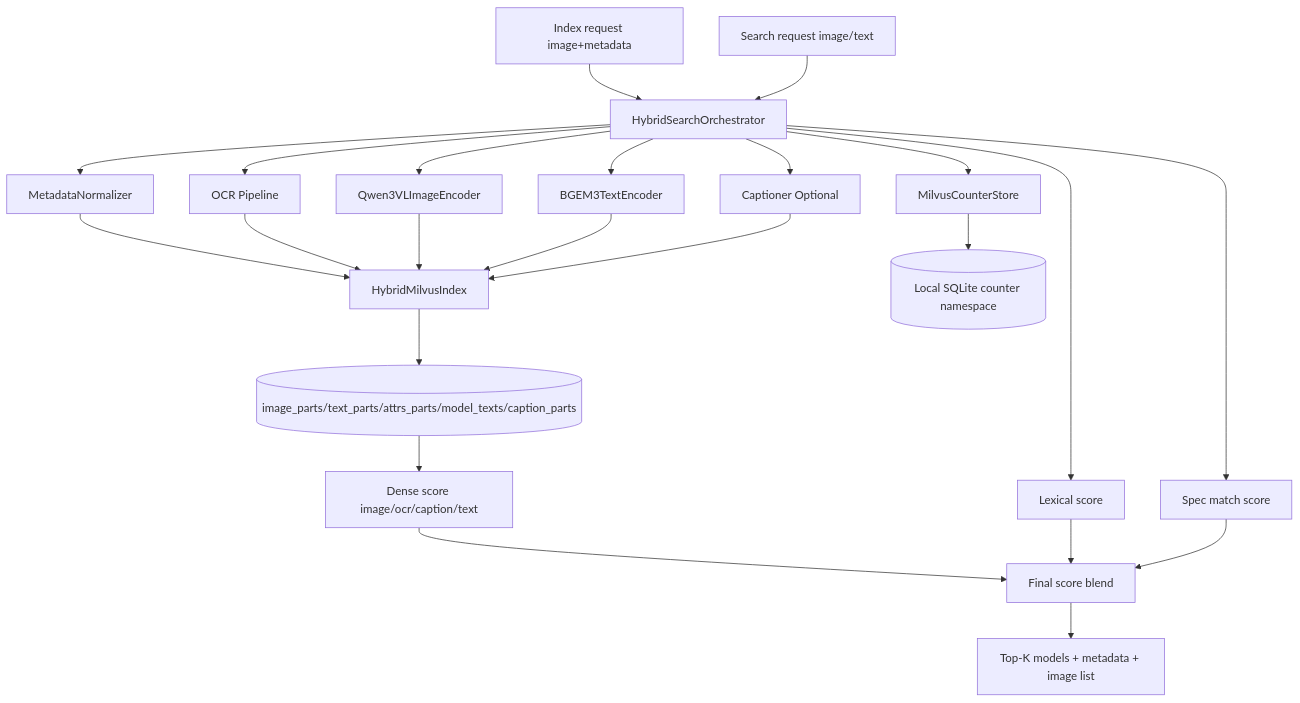
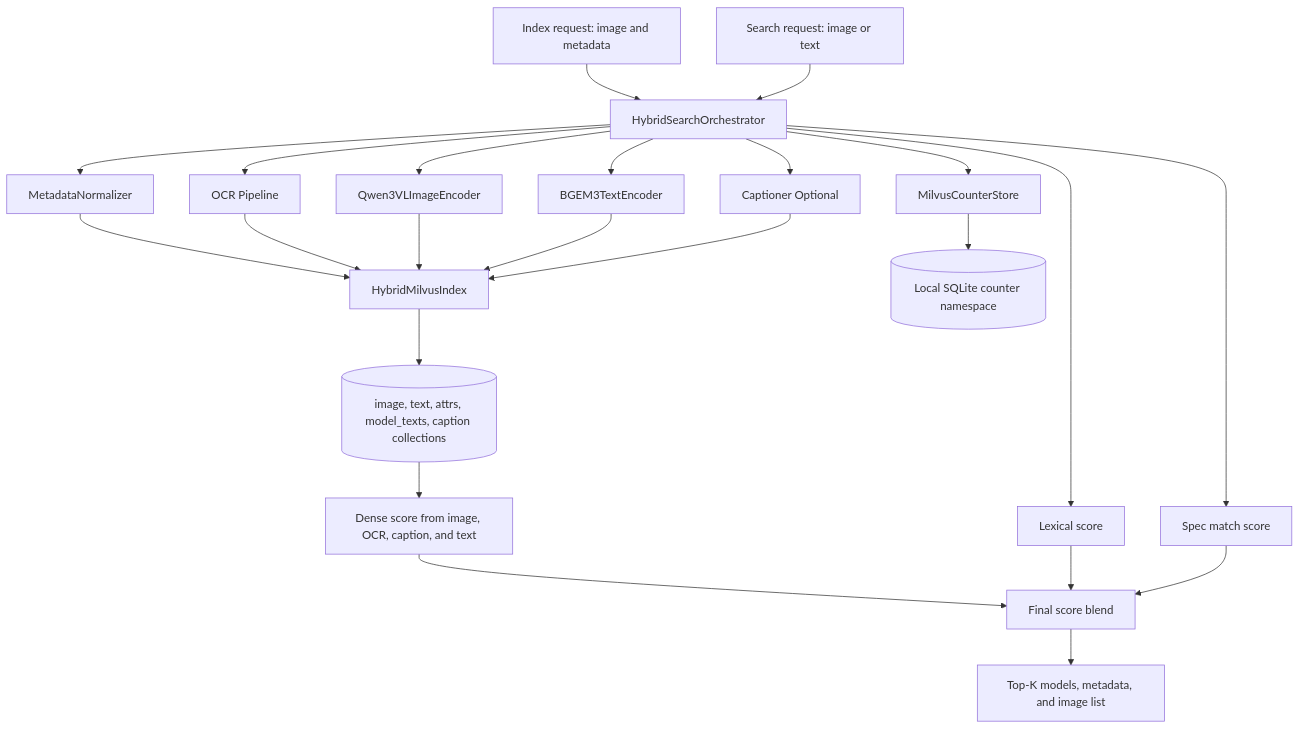
The third of 4 diagrams in docs/architecture/ARCHITECTURE_MERMAID.md (hshlalla/Smart_vision), drawn with Mermaid before and after one commit. The commit also changed other lines of this file, not shown here.

Commit message:
docs(architecture): fix mermaid rendering syntax

````diff
--- a/docs/architecture/ARCHITECTURE_MERMAID.md
+++ b/docs/architecture/ARCHITECTURE_MERMAID.md
@@ -75,30 +75,30 @@
 ```mermaid
 flowchart TD
-  INI[Index request image+metadata] --> ORCH[HybridSearchOrchestrator]
-  INS[Search request image/text] --> ORCH
+  INI["Index request: image and metadata"] --> ORCH["HybridSearchOrchestrator"]
+  INS["Search request: image or text"] --> ORCH
 
-  ORCH --> NORM[MetadataNormalizer]
-  ORCH --> OCR[OCR Pipeline]
-  ORCH --> IMG[Qwen3VLImageEncoder]
-  ORCH --> TXT[BGEM3TextEncoder]
-  ORCH --> CAP[Captioner Optional]
+  ORCH --> NORM["MetadataNormalizer"]
+  ORCH --> OCR["OCR Pipeline"]
+  ORCH --> IMG["Qwen3VLImageEncoder"]
+  ORCH --> TXT["BGEM3TextEncoder"]
+  ORCH --> CAP["Captioner Optional"]
 
-  NORM --> IDX[HybridMilvusIndex]
+  NORM --> IDX["HybridMilvusIndex"]
   OCR --> IDX
   IMG --> IDX
   TXT --> IDX
   CAP --> IDX
 
-  IDX --> COL[(image_parts/text_parts/attrs_parts/model_texts/caption_parts)]
-  ORCH --> CNT[MilvusCounterStore]
-  CNT --> SQL[(Local SQLite counter namespace)]
+  IDX --> COL[("image, text, attrs, model_texts, caption collections")]
+  ORCH --> CNT["MilvusCounterStore"]
+  CNT --> SQL[("Local SQLite counter namespace")]
 
-  COL --> SCORE[Dense score image/ocr/caption/text]
-  ORCH --> LEX[Lexical score]
-  ORCH --> SPEC[Spec match score]
+  COL --> SCORE["Dense score from image, OCR, caption, and text"]
+  ORCH --> LEX["Lexical score"]
+  ORCH --> SPEC["Spec match score"]
 
-  SCORE --> FINAL[Final score blend]
+  SCORE --> FINAL["Final score blend"]
   LEX --> FINAL
   SPEC --> FINAL
-  FINAL --> OUT[Top-K models + metadata + image list]
+  FINAL --> OUT["Top-K models, metadata, and image list"]
 ```
````
